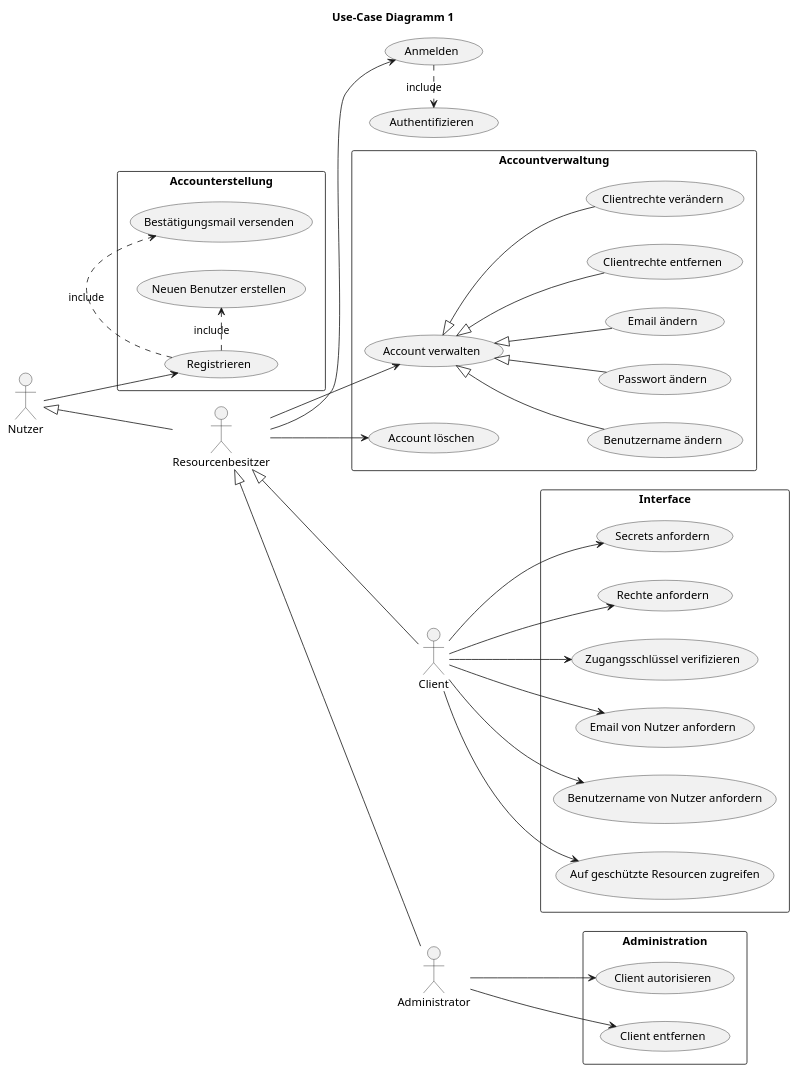
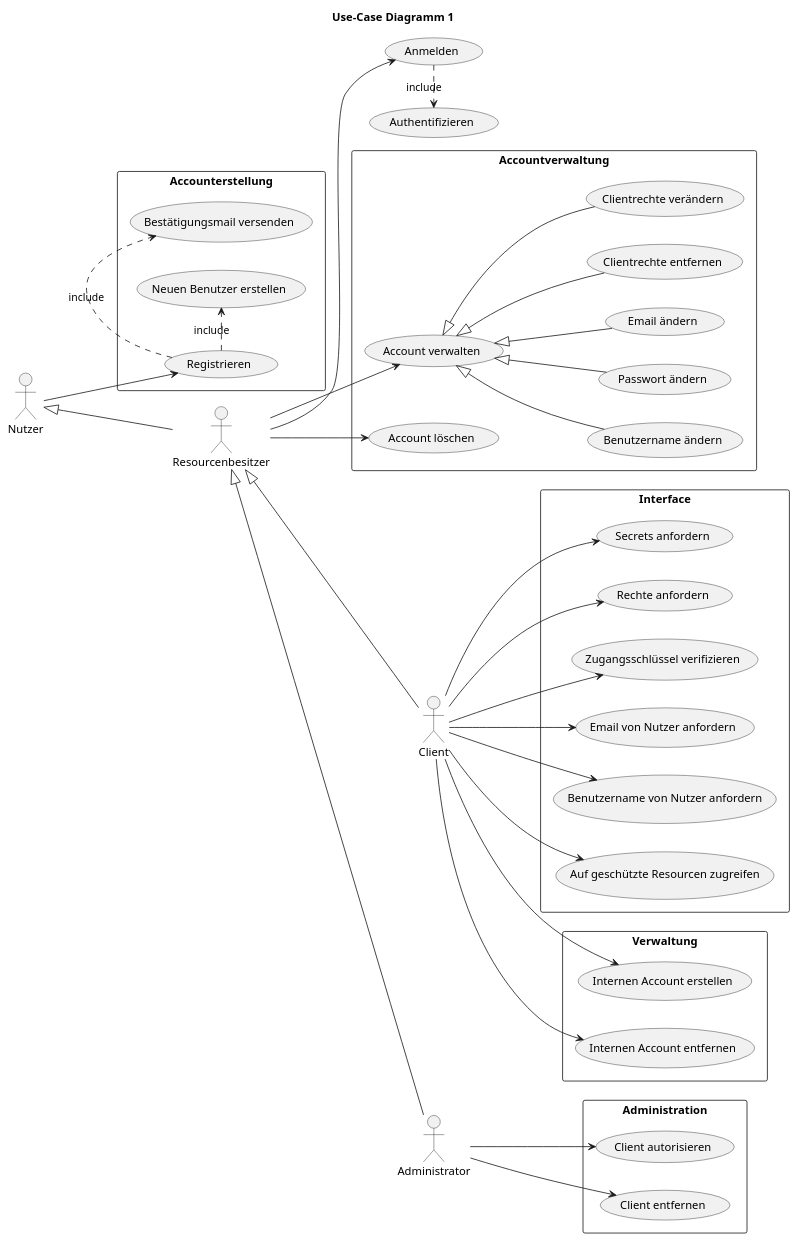
The first of 11 diagrams in Auth/index.md (SmartCityProjectGroup/SmartCity), drawn with PlantUML before and after one commit. The commit also changed other lines of this file, not shown here.

````diff
--- a/Auth/index.md
+++ b/Auth/index.md
@@ -69,56 +71,63 @@
 ```plantuml
 @startuml
 title Use-Case Diagramm 1
 left to right direction
 :Nutzer: as Nutzer
 :Resourcenbesitzer: as Resourcenbesitzer
 
 Nutzer <|-- Resourcenbesitzer
 
 
 rectangle Accounterstellung {
     Nutzer --> (Registrieren)
     (Registrieren) .> (Bestätigungsmail versenden) : include
     (Registrieren) .> (Neuen Benutzer erstellen) : include
 }
 Resourcenbesitzer --> (Anmelden)
 (Anmelden) .> (Authentifizieren) : include
 
 rectangle Accountverwaltung {
     Resourcenbesitzer --> (Account verwalten) 
 
     (Account verwalten) <|-- (Benutzername ändern)
     (Account verwalten)  <|-- (Passwort ändern)
     (Account verwalten)  <|-- (Email ändern)
 
     (Account verwalten) <|-- (Clientrechte entfernen)
     (Account verwalten) <|-- (Clientrechte verändern)
 
     (Account löschen) <-- Resourcenbesitzer
 }
 
 :Client: as Client
 Resourcenbesitzer <|-- Client
 
+
 rectangle Interface {
     left to right direction
     Client --> (Secrets anfordern)
     Client --> (Rechte anfordern)
     Client --> (Zugangsschlüssel verifizieren)
 
     Client --> (Email von Nutzer anfordern)
     Client --> (Benutzername von Nutzer anfordern)
 
     Client --> (Auf geschützte Resourcen zugreifen)
 }
 
+rectangle Verwaltung {
+    Client --> (Internen Account erstellen)
+    Client --> (Internen Account entfernen)
+}
+
+
 :Administrator: as Admin
 Resourcenbesitzer <|-- Admin
 
 rectangle Administration {
     Admin --> (Client autorisieren)
     Admin --> (Client entfernen)
 }
 
 @enduml
 ```
````
